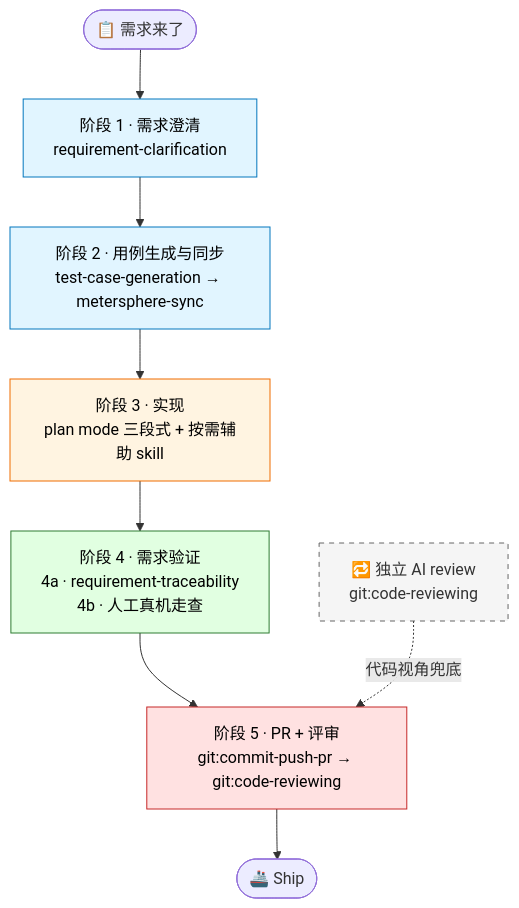
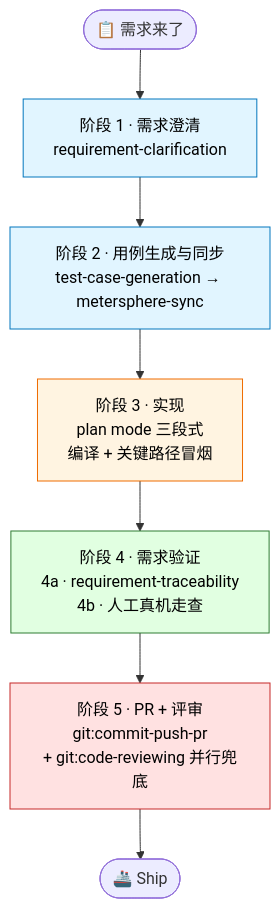
The diagram in plugins/test/AI_CODING_BEST_PRACTICES.md (taptap/agents-plugins), drawn with Mermaid before and after one commit. The commit also changed other lines of this file and 127 other files, not shown here.

````diff
--- a/plugins/test/AI_CODING_BEST_PRACTICES.md
+++ b/plugins/test/AI_CODING_BEST_PRACTICES.md
@@ -20,24 +74,19 @@
 ```mermaid
 flowchart TD
     Start([📋 需求来了]) --> S1
     S1[阶段 1 · 需求澄清<br/>requirement-clarification] --> S2
     S2[阶段 2 · 用例生成与同步<br/>test-case-generation → metersphere-sync] --> S3
-    S3[阶段 3 · 实现<br/>plan mode 三段式 + 按需辅助 skill] --> S4
+    S3[阶段 3 · 实现<br/>plan mode 三段式<br/>编译 + 关键路径冒烟] --> S4
     S4[阶段 4 · 需求验证<br/>4a · requirement-traceability<br/>4b · 人工真机走查] --> S5
-    S5[阶段 5 · PR + 评审<br/>git:commit-push-pr → git:code-reviewing] --> End([🚢 Ship])
-
-    V2[🔁 独立 AI review<br/>git:code-reviewing]
-    V2 -. 代码视角兜底 .-> S5
+    S5[阶段 5 · PR + 评审<br/>git:commit-push-pr<br/>+ git:code-reviewing 并行兜底] --> End([🚢 Ship])
 
     classDef prep fill:#e1f5ff,stroke:#0277bd,color:#000
     classDef impl fill:#fff4e1,stroke:#ef6c00,color:#000
     classDef verify fill:#e1ffe1,stroke:#2e7d32,color:#000
     classDef ship fill:#ffe1e1,stroke:#c62828,color:#000
-    classDef parallel fill:#f5f5f5,stroke:#666,color:#333,stroke-dasharray: 5 5
 
     class S1,S2 prep
     class S3 impl
     class S4 verify
     class S5 ship
-    class V2 parallel
 ```
````
